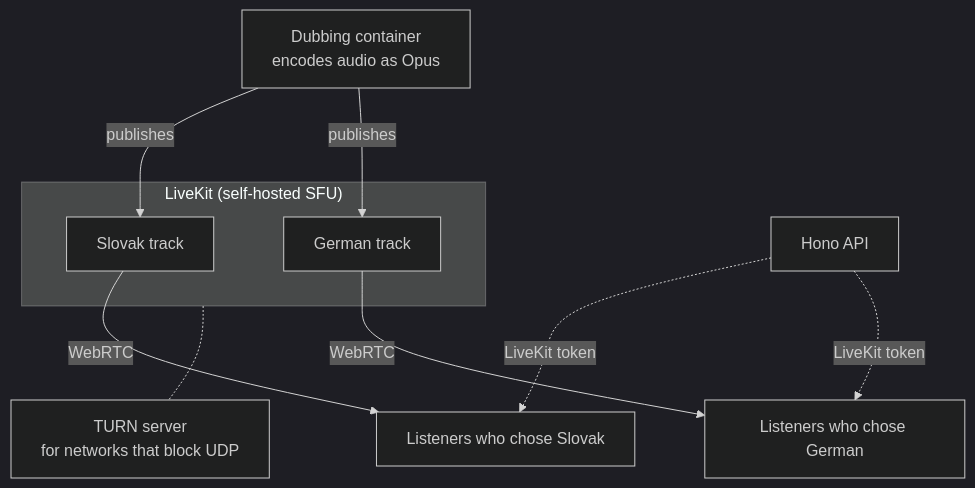
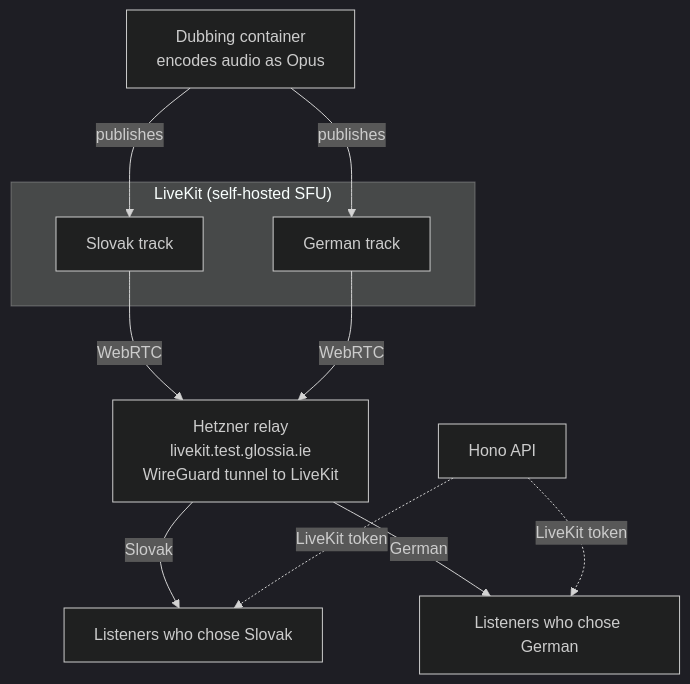
The fourth of 4 diagrams in docs/architecture-layers.md (WH1TE-SHAD0W/ai-dubbing-studio), drawn with Mermaid (dark theme) before and after one commit. The commit also changed other lines of this file and 2 other files, not shown here.

Commit message:
docs: architecture diagrams show the test networking (Cloudflare Tunnel, Hetzner relay, WireGuard)

````diff
--- a/docs/architecture-layers.md
+++ b/docs/architecture-layers.md
@@ -128,23 +128,24 @@
 ```mermaid
 %%{init: {"flowchart": {"nodeSpacing": 70, "rankSpacing": 70}}}%%
 flowchart TB
   Dubbing["Dubbing container<br/>encodes audio as Opus"]
 
   subgraph Media["LiveKit (self-hosted SFU)"]
     Slovak["Slovak track"]
     German["German track"]
   end
 
   ListenersSk["Listeners who chose Slovak"]
   ListenersDe["Listeners who chose German"]
   API["Hono API"]
-  TURN["TURN server<br/>for networks that block UDP"]
+  Relay["Hetzner relay<br/>livekit.test.glossia.ie<br/>WireGuard tunnel to LiveKit"]
 
   Dubbing -- "publishes" --> Slovak
   Dubbing -- "publishes" --> German
-  Slovak -- "WebRTC" --> ListenersSk
-  German -- "WebRTC" --> ListenersDe
+  Slovak -- "WebRTC" --> Relay
+  German -- "WebRTC" --> Relay
+  Relay -- "Slovak" --> ListenersSk
+  Relay -- "German" --> ListenersDe
   API -. "LiveKit token" .-> ListenersSk
   API -. "LiveKit token" .-> ListenersDe
-  Media -.- TURN
 ```
````
